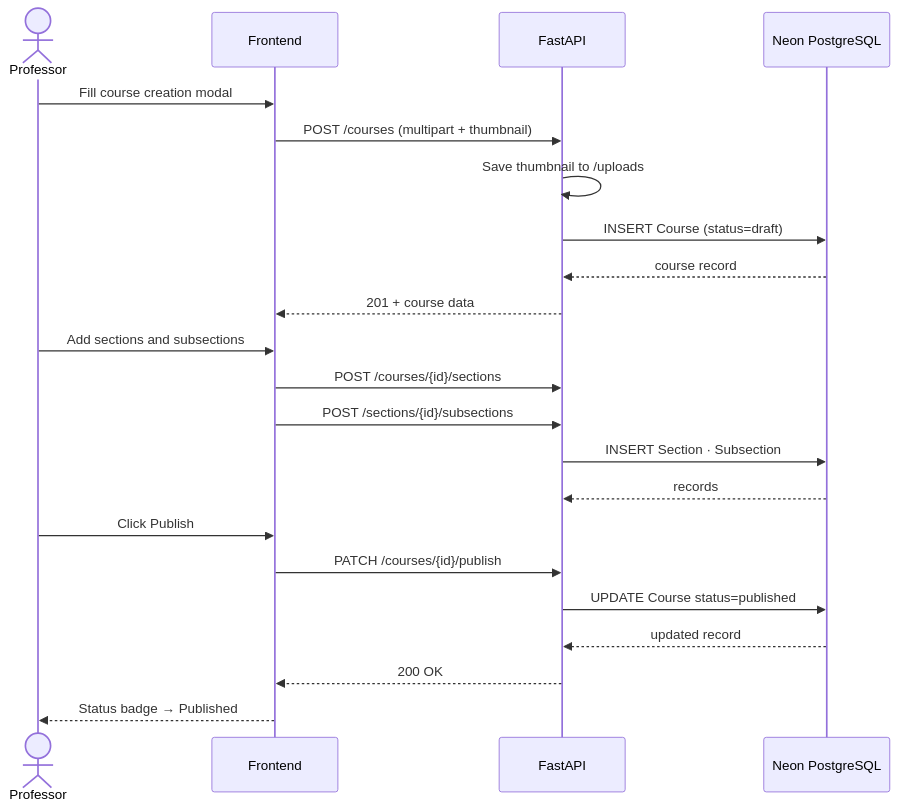
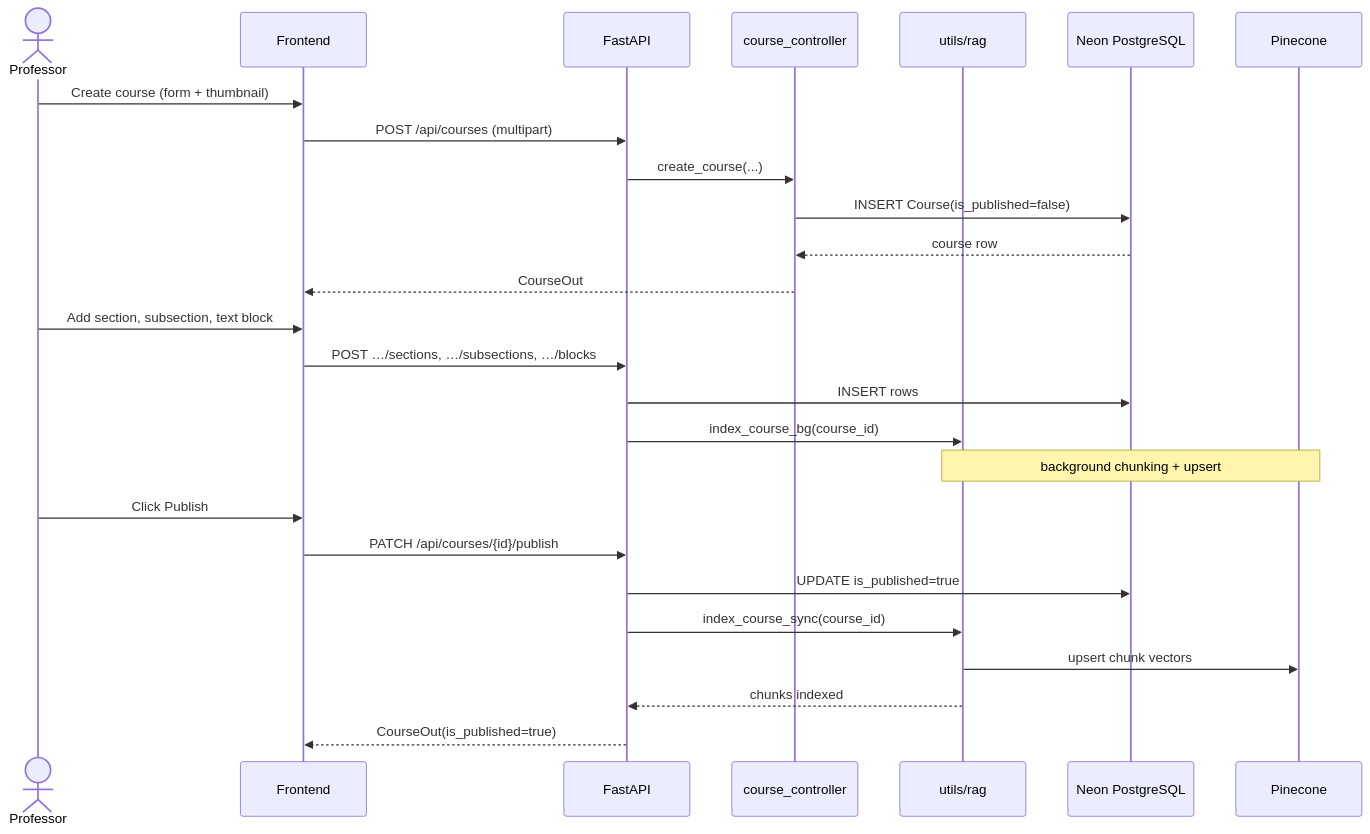
Before and after one commit to yazidha09/Hub4Learners: the third of 4 diagrams in docs/sprints/SPRINT_2.md, drawn with Mermaid. The commit also changed other lines of this file and 5 other files, not shown here.

````diff
--- a/docs/sprints/SPRINT_2.md
+++ b/docs/sprints/SPRINT_2.md
@@ -124,27 +159,31 @@
 ```mermaid
 sequenceDiagram
     actor Professor
     participant Frontend
     participant FastAPI
-    participant Neon PostgreSQL
+    participant CourseCtrl as course_controller
+    participant RAG as utils/rag
+    participant DB as Neon PostgreSQL
+    participant Pinecone
 
-    Professor->>Frontend: Fill course creation modal
-    Frontend->>FastAPI: POST /courses (multipart + thumbnail)
-    FastAPI->>FastAPI: Save thumbnail to /uploads
-    FastAPI->>Neon PostgreSQL: INSERT Course (status=draft)
-    Neon PostgreSQL-->>FastAPI: course record
-    FastAPI-->>Frontend: 201 + course data
+    Professor->>Frontend: Create course (form + thumbnail)
+    Frontend->>FastAPI: POST /api/courses (multipart)
+    FastAPI->>CourseCtrl: create_course(...)
+    CourseCtrl->>DB: INSERT Course(is_published=false)
+    DB-->>CourseCtrl: course row
+    CourseCtrl-->>Frontend: CourseOut
 
-    Professor->>Frontend: Add sections and subsections
-    Frontend->>FastAPI: POST /courses/{id}/sections
-    Frontend->>FastAPI: POST /sections/{id}/subsections
-    FastAPI->>Neon PostgreSQL: INSERT Section · Subsection
-    Neon PostgreSQL-->>FastAPI: records
+    Professor->>Frontend: Add section, subsection, text block
+    Frontend->>FastAPI: POST …/sections, …/subsections, …/blocks
+    FastAPI->>DB: INSERT rows
+    FastAPI->>RAG: index_course_bg(course_id)
+    Note over RAG,Pinecone: background chunking + upsert
 
     Professor->>Frontend: Click Publish
-    Frontend->>FastAPI: PATCH /courses/{id}/publish
-    FastAPI->>Neon PostgreSQL: UPDATE Course status=published
-    Neon PostgreSQL-->>FastAPI: updated record
-    FastAPI-->>Frontend: 200 OK
-    Frontend-->>Professor: Status badge → Published
+    Frontend->>FastAPI: PATCH /api/courses/{id}/publish
+    FastAPI->>DB: UPDATE is_published=true
+    FastAPI->>RAG: index_course_sync(course_id)
+    RAG->>Pinecone: upsert chunk vectors
+    RAG-->>FastAPI: chunks indexed
+    FastAPI-->>Frontend: CourseOut(is_published=true)
 ```
````
